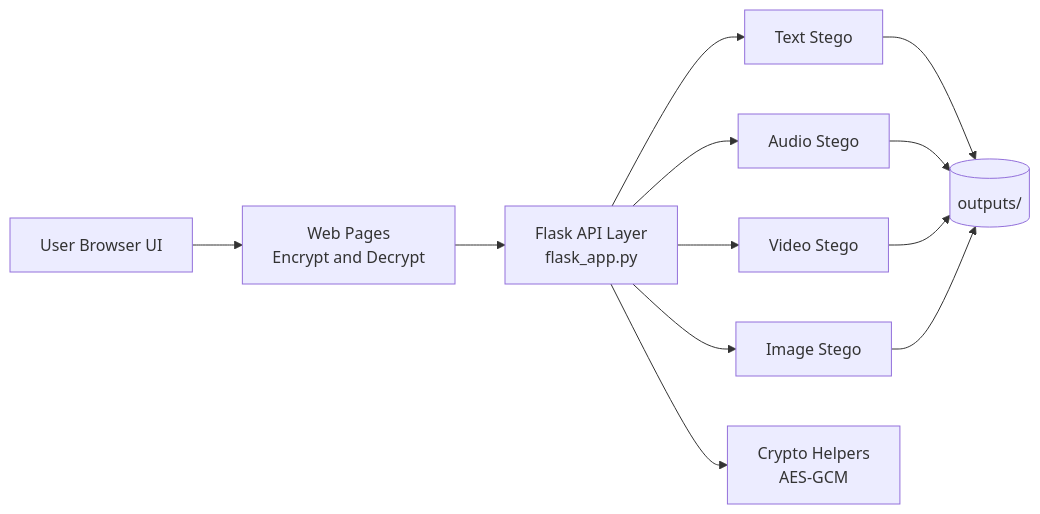
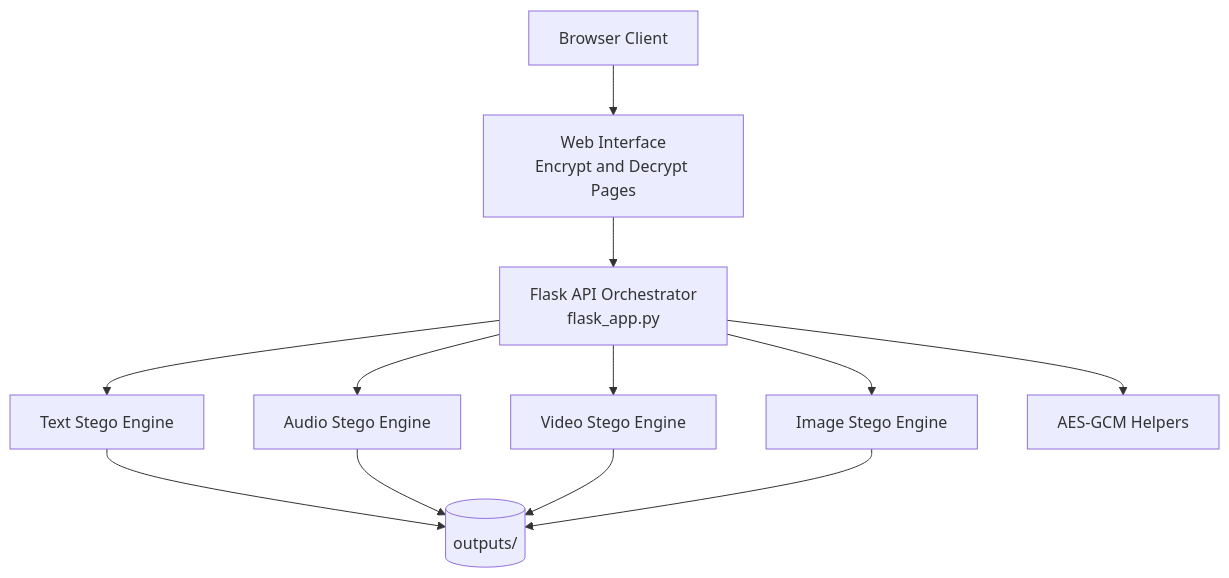
Before and after one commit to VatsalOza11718/Steganography: the first of 5 diagrams in README.md, drawn with Mermaid. The commit also changed other lines of this file and 1 other file, not shown here.

````diff
--- a/README.md
+++ b/README.md
@@ -55,14 +88,14 @@
 ```mermaid
-flowchart LR
-		U[User Browser UI] --> W[Web Pages<br/>Encrypt and Decrypt]
-		W --> A[Flask API Layer<br/>flask_app.py]
-		A --> T[Text Stego]
-		A --> AU[Audio Stego]
-		A --> V[Video Stego]
-		A --> I[Image Stego]
-		A --> C[Crypto Helpers<br/>AES-GCM]
-		T --> O[(outputs/)]
-		AU --> O
-		V --> O
-		I --> O
+flowchart TB
+		U[Browser Client] --> UI[Web Interface<br/>Encrypt and Decrypt Pages]
+		UI --> API[Flask API Orchestrator<br/>flask_app.py]
+		API --> TXT[Text Stego Engine]
+		API --> AUD[Audio Stego Engine]
+		API --> VID[Video Stego Engine]
+		API --> IMG[Image Stego Engine]
+		API --> CRYPTO[AES-GCM Helpers]
+		TXT --> OUT[(outputs/)]
+		AUD --> OUT
+		VID --> OUT
+		IMG --> OUT
 ```
````
